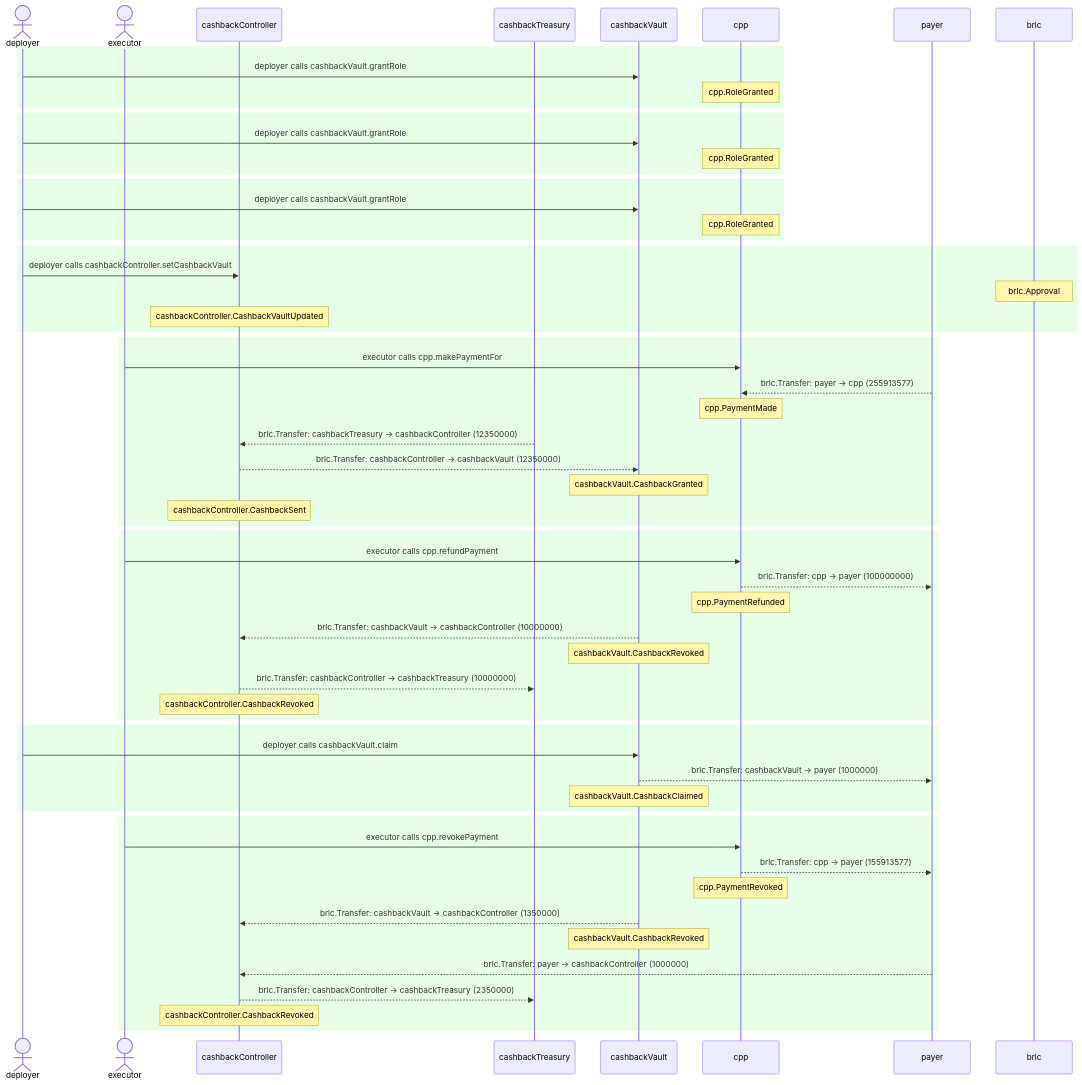
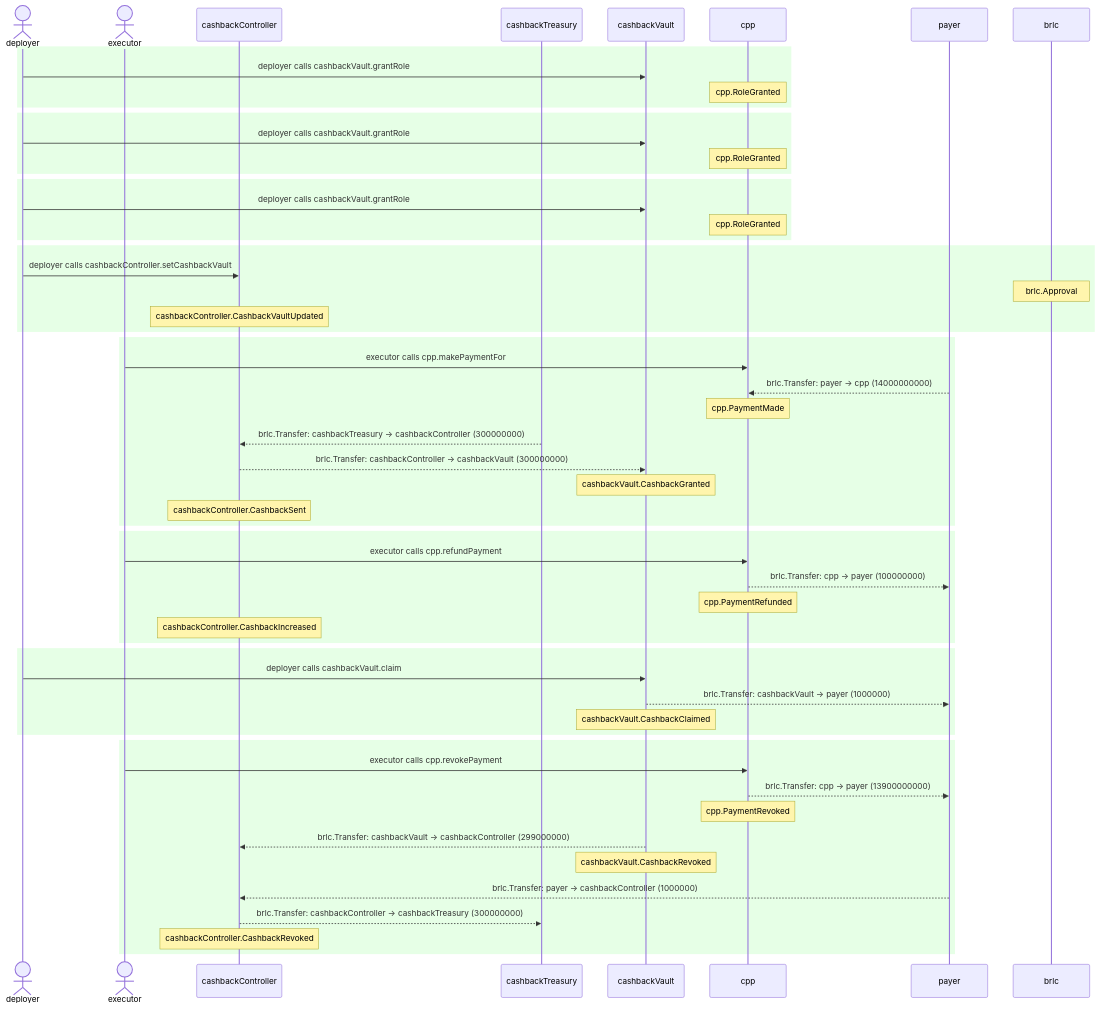
One commit to cloudwalk/brlc-card-payment-processor-v2 changed the diagram in test/__snapshots__humans__/CardPaymentProcessor.test.md. Above: the diagram before and after it, drawn with Mermaid. The commit also changed other lines of this file and 2 other files, not shown here.

````diff
--- a/test/__snapshots__humans__/CardPaymentProcessor.test.md
+++ b/test/__snapshots__humans__/CardPaymentProcessor.test.md
@@ -16,60 +16,57 @@
 ```mermaid
 sequenceDiagram
   actor deployer
   actor executor
   participant cashbackController
   participant cashbackTreasury
   participant cashbackVault
   participant cpp
   participant payer
   rect rgb(230,255,230)
     deployer->>cashbackVault: deployer calls cashbackVault.grantRole
     Note over cpp: cpp.RoleGranted
   end
   rect rgb(230,255,230)
     deployer->>cashbackVault: deployer calls cashbackVault.grantRole
     Note over cpp: cpp.RoleGranted
   end
   rect rgb(230,255,230)
     deployer->>cashbackVault: deployer calls cashbackVault.grantRole
     Note over cpp: cpp.RoleGranted
   end
   rect rgb(230,255,230)
     deployer->>cashbackController: deployer calls cashbackController.setCashbackVault
     Note over brlc: brlc.Approval
     Note over cashbackController: cashbackController.CashbackVaultUpdated
   end
   rect rgb(230,255,230)
     executor->>cpp: executor calls cpp.makePaymentFor
-    payer-->>cpp: brlc.Transfer: payer -> cpp (255913577)
+    payer-->>cpp: brlc.Transfer: payer -> cpp (14000000000)
     Note over cpp: cpp.PaymentMade
-    cashbackTreasury-->>cashbackController: brlc.Transfer: cashbackTreasury -> cashbackController (12350000)
-    cashbackController-->>cashbackVault: brlc.Transfer: cashbackController -> cashbackVault (12350000)
+    cashbackTreasury-->>cashbackController: brlc.Transfer: cashbackTreasury -> cashbackController (300000000)
+    cashbackController-->>cashbackVault: brlc.Transfer: cashbackController -> cashbackVault (300000000)
     Note over cashbackVault: cashbackVault.CashbackGranted
     Note over cashbackController: cashbackController.CashbackSent
   end
   rect rgb(230,255,230)
     executor->>cpp: executor calls cpp.refundPayment
     cpp-->>payer: brlc.Transfer: cpp -> payer (100000000)
     Note over cpp: cpp.PaymentRefunded
-    cashbackVault-->>cashbackController: brlc.Transfer: cashbackVault -> cashbackController (10000000)
-    Note over cashbackVault: cashbackVault.CashbackRevoked
-    cashbackController-->>cashbackTreasury: brlc.Transfer: cashbackController -> cashbackTreasury (10000000)
-    Note over cashbackController: cashbackController.CashbackRevoked
+    Note over cashbackController: cashbackController.CashbackIncreased
   end
   rect rgb(230,255,230)
     deployer->>cashbackVault: deployer calls cashbackVault.claim
     cashbackVault-->>payer: brlc.Transfer: cashbackVault -> payer (1000000)
     Note over cashbackVault: cashbackVault.CashbackClaimed
   end
   rect rgb(230,255,230)
     executor->>cpp: executor calls cpp.revokePayment
-    cpp-->>payer: brlc.Transfer: cpp -> payer (155913577)
+    cpp-->>payer: brlc.Transfer: cpp -> payer (13900000000)
     Note over cpp: cpp.PaymentRevoked
-    cashbackVault-->>cashbackController: brlc.Transfer: cashbackVault -> cashbackController (1350000)
+    cashbackVault-->>cashbackController: brlc.Transfer: cashbackVault -> cashbackController (299000000)
     Note over cashbackVault: cashbackVault.CashbackRevoked
     payer-->>cashbackController: brlc.Transfer: payer -> cashbackController (1000000)
-    cashbackController-->>cashbackTreasury: brlc.Transfer: cashbackController -> cashbackTreasury (2350000)
+    cashbackController-->>cashbackTreasury: brlc.Transfer: cashbackController -> cashbackTreasury (300000000)
     Note over cashbackController: cashbackController.CashbackRevoked
   end
 ```
````
